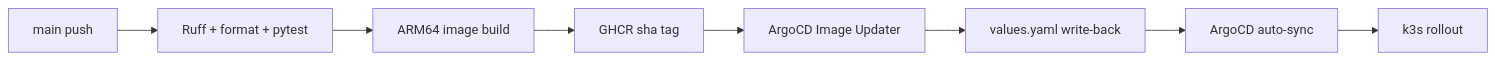
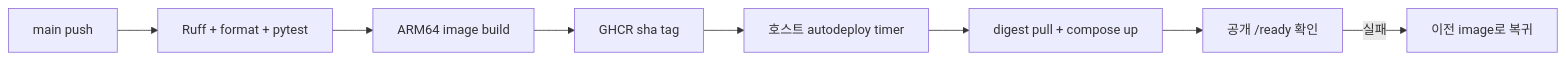
Before and after one commit to ghdtjdwn/ssuAgent: the diagram in docs/deploy.md, drawn with Mermaid. The commit also changed other lines of this file and 5 other files, not shown here.

Commit message:
docs: 운영 배포 문서를 현재 Docker Compose 자동 반영 경로로 갱신하고 k3s/ArgoCD는 이전 경로로 정리 (#125)

````diff
--- a/docs/deploy.md
+++ b/docs/deploy.md
@@ -8,10 +13,10 @@
 ```mermaid
 flowchart LR
     A[main push] --> B[Ruff + format + pytest]
     B --> C[ARM64 image build]
     C --> D[GHCR sha tag]
-    D --> E[ArgoCD Image Updater]
-    E --> F[values.yaml write-back]
-    F --> G[ArgoCD auto-sync]
-    G --> H[k3s rollout]
+    D --> E[호스트 autodeploy timer]
+    E --> F[digest pull + compose up]
+    F --> G[공개 /ready 확인]
+    G -->|실패| H[이전 image로 복귀]
 ```
````
